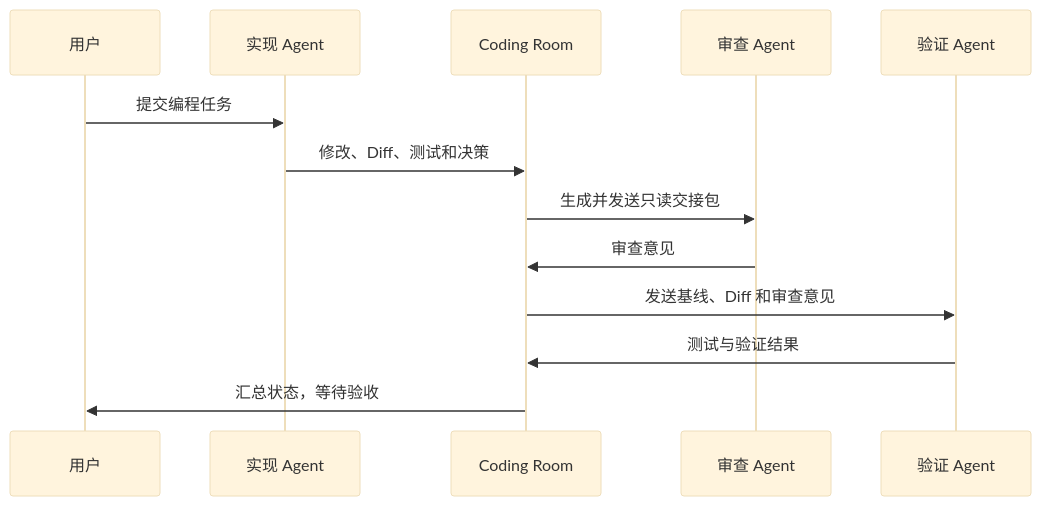
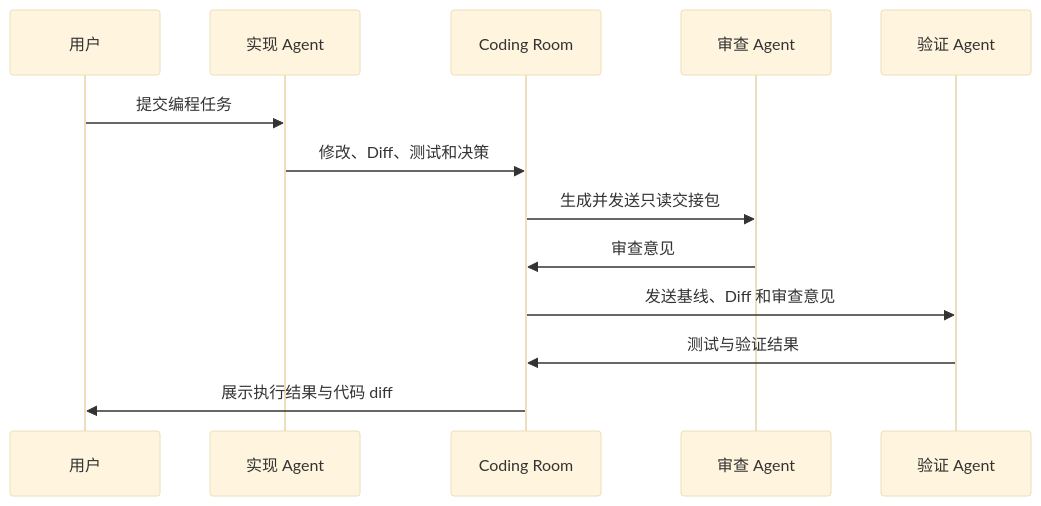
The second of 2 diagrams in src/codingAgent/design.md (rongxinzy/zhiyuan), drawn with Mermaid (base theme) before and after one commit. The commit also changed other lines of this file and 117 other files, not shown here.

````diff
--- a/src/codingAgent/design.md
+++ b/src/codingAgent/design.md
@@ -558,16 +556,16 @@
 ```mermaid
 sequenceDiagram
     participant U as 用户
     participant I as 实现 Agent
     participant O as Coding Room
     participant R as 审查 Agent
     participant V as 验证 Agent
 
     U->>I: 提交编程任务
     I->>O: 修改、Diff、测试和决策
     O->>R: 生成并发送只读交接包
     R->>O: 审查意见
     O->>V: 发送基线、Diff 和审查意见
     V->>O: 测试与验证结果
-    O->>U: 汇总状态，等待验收
+    O->>U: 展示执行结果与代码 diff
 ```
````
